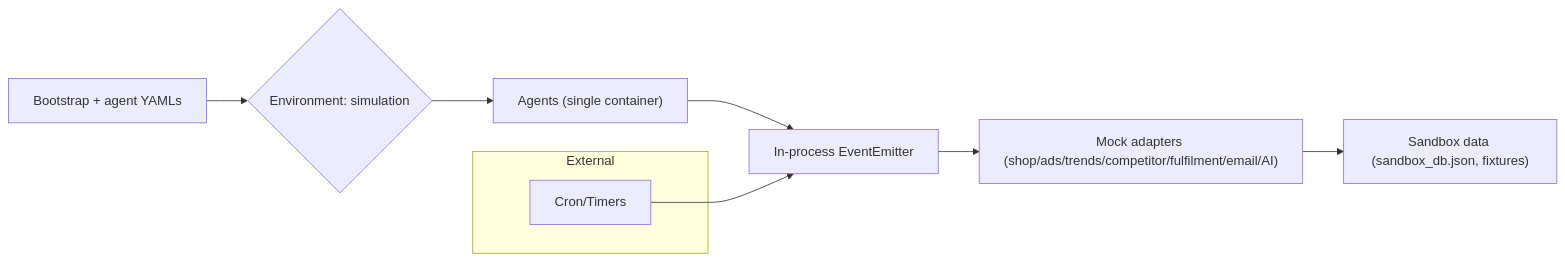
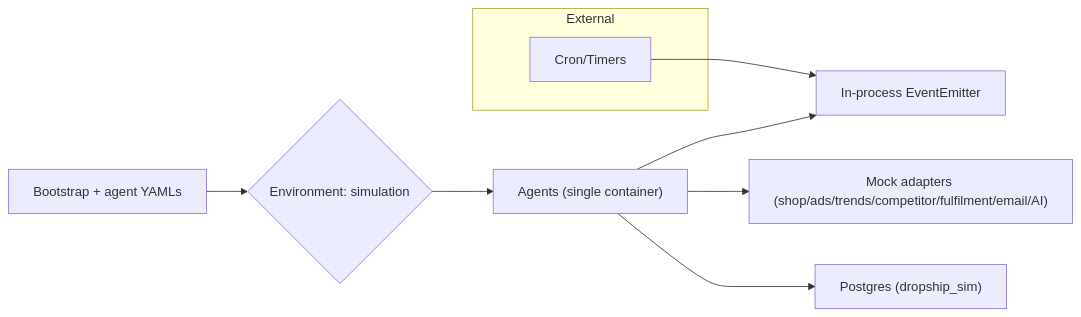
The first of 2 diagrams in Documentation/Reference/ENVIRONMENT_SIMULATION_V_LIVE.md (andylelli/ds1), drawn with Mermaid before and after one commit. The commit also changed other lines of this file and 1 other file, not shown here.

````diff
--- a/Documentation/Reference/ENVIRONMENT_SIMULATION_V_LIVE.md
+++ b/Documentation/Reference/ENVIRONMENT_SIMULATION_V_LIVE.md
@@ -14,12 +14,12 @@
 ```mermaid
 flowchart LR
   YAML[Bootstrap + agent YAMLs] --> Router{Environment: simulation}
   Router --> Agents["Agents (single container)"]
   Agents --> EventBus["In-process EventEmitter"]
-  EventBus --> MockAdapters["Mock adapters (shop/ads/trends/competitor/fulfilment/email/AI)"]
-  MockAdapters --> SandboxData["Sandbox data (sandbox_db.json, fixtures)"]
+  Agents --> MockAdapters["Mock adapters (shop/ads/trends/competitor/fulfilment/email/AI)"]
+  Agents --> DB["Postgres (dropship_sim)"]
   subgraph External
     Cron[Cron/Timers]
   end
   Cron --> EventBus
 ```
````
